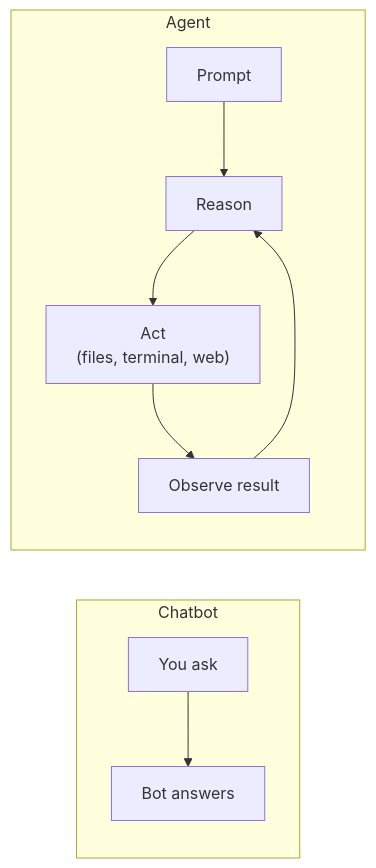
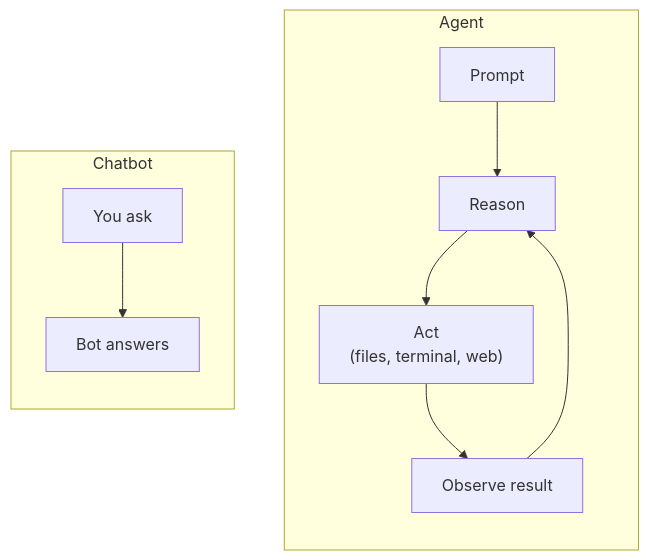
The fourth of 6 diagrams in apps/rotem-is-a-dev/src/app/content/posts/agentic-ai-development-from-zero-to-hero/part-1-the-new-stack.md (lurx/lurx-react), drawn with Mermaid before and after one commit.

Commit message:
fix(content): force side-by-side layout for chatbot/agent diagram
flowchart LR doesn't enforce horizontal layout between subgraphs unless
there's an edge connecting them. Without one, Mermaid stacks them
vertically. Added an invisible link.

````diff
--- a/apps/rotem-is-a-dev/src/app/content/posts/agentic-ai-development-from-zero-to-hero/part-1-the-new-stack.md
+++ b/apps/rotem-is-a-dev/src/app/content/posts/agentic-ai-development-from-zero-to-hero/part-1-the-new-stack.md
@@ -125,15 +125,17 @@
 ```mermaid
 flowchart LR
     subgraph Chatbot
         direction TB
         U1["You ask"] --> B1["Bot answers"]
     end
 
     subgraph Agent
         direction TB
         P["Prompt"] --> R["Reason"]
         R --> Act["Act\n(files, terminal, web)"]
         Act --> O["Observe result"]
         O --> R
     end
+
+    Chatbot ~~~ Agent
 ```
````
